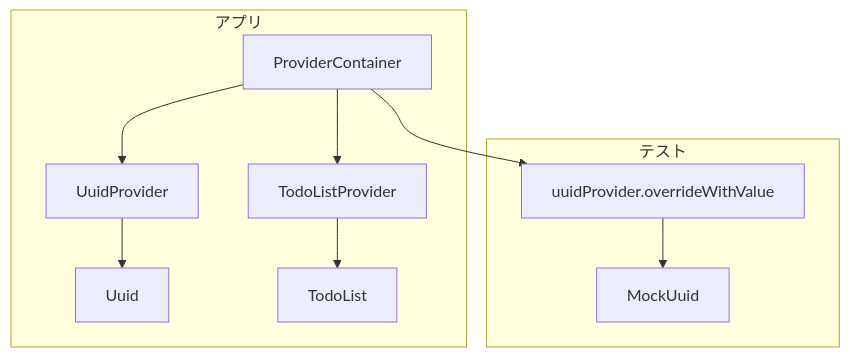
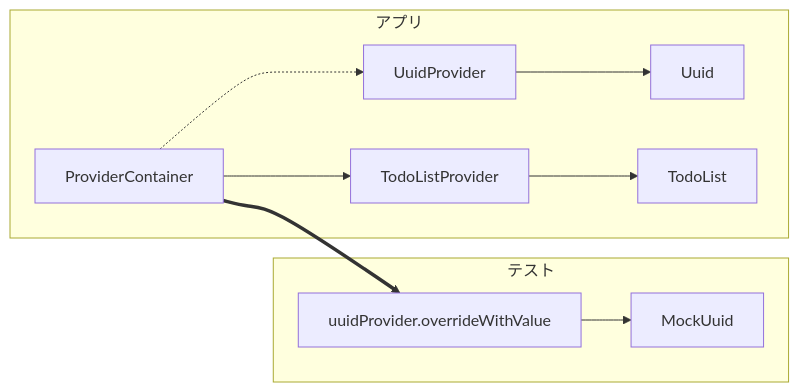
Before and after one commit to dicenull/flutter_tdd_todo: the diagram in README.md, drawn with Mermaid. The commit also changed other lines of this file and 1 other file, not shown here.

````diff
--- a/README.md
+++ b/README.md
@@ -201,15 +187,15 @@
 ```mermaid
-graph TD;
+flowchart LR;
 
 subgraph アプリ
-  ProviderContainer --> UuidProvider
+  ProviderContainer -.-> UuidProvider
   ProviderContainer --> TodoListProvider
   UuidProvider --> Uuid
   TodoListProvider --> TodoList
 end
 
 subgraph テスト
-  ProviderContainer --> uuidProvider.overrideWithValue
+  ProviderContainer ==> uuidProvider.overrideWithValue
   uuidProvider.overrideWithValue --> MockUuid
 end
 ```
````
